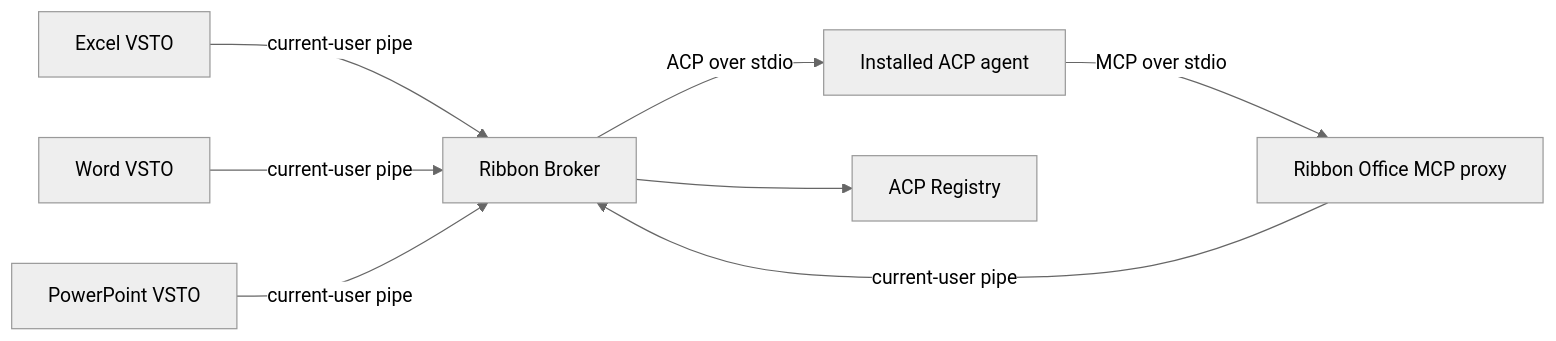
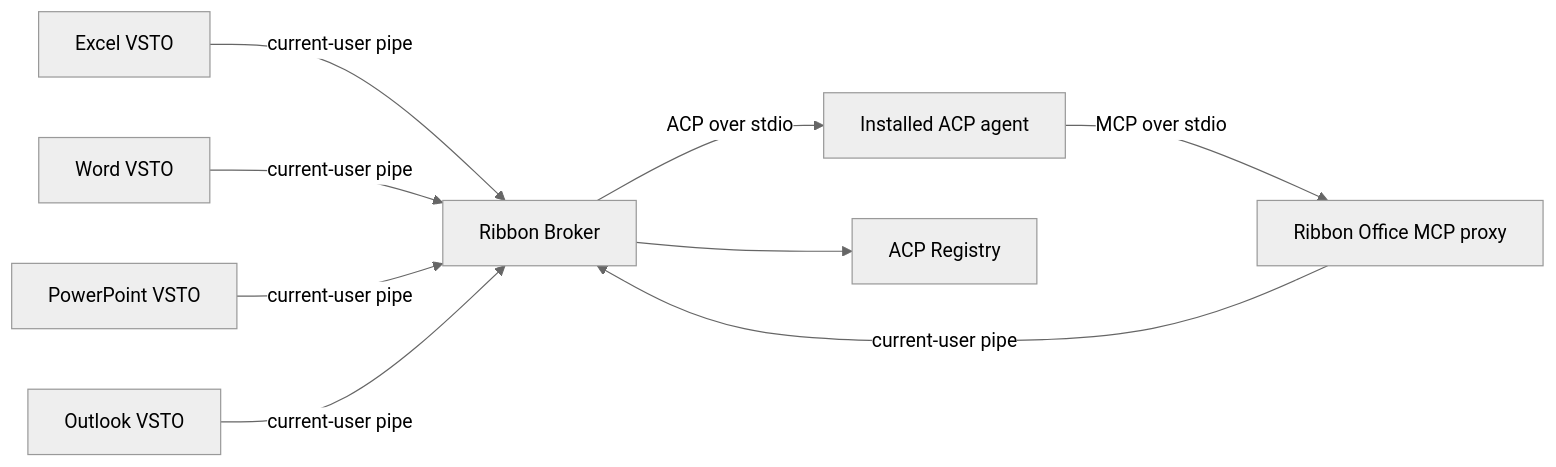
The diagram in README.md (gmaynez/ribbon), drawn with Mermaid (neutral theme) before and after one commit. The commit also changed other lines of this file and 32 other files, not shown here.

````diff
--- a/README.md
+++ b/README.md
@@ -89,10 +102,11 @@
 ```mermaid
 flowchart LR
     E["Excel VSTO"] -->|"current-user pipe"| B["Ribbon Broker"]
     W["Word VSTO"] -->|"current-user pipe"| B
     P["PowerPoint VSTO"] -->|"current-user pipe"| B
+    O["Outlook VSTO"] -->|"current-user pipe"| B
     B -->|"ACP over stdio"| A["Installed ACP agent"]
     A -->|"MCP over stdio"| M["Ribbon Office MCP proxy"]
     M -->|"current-user pipe"| B
     B --> R["ACP Registry"]
 ```
````
